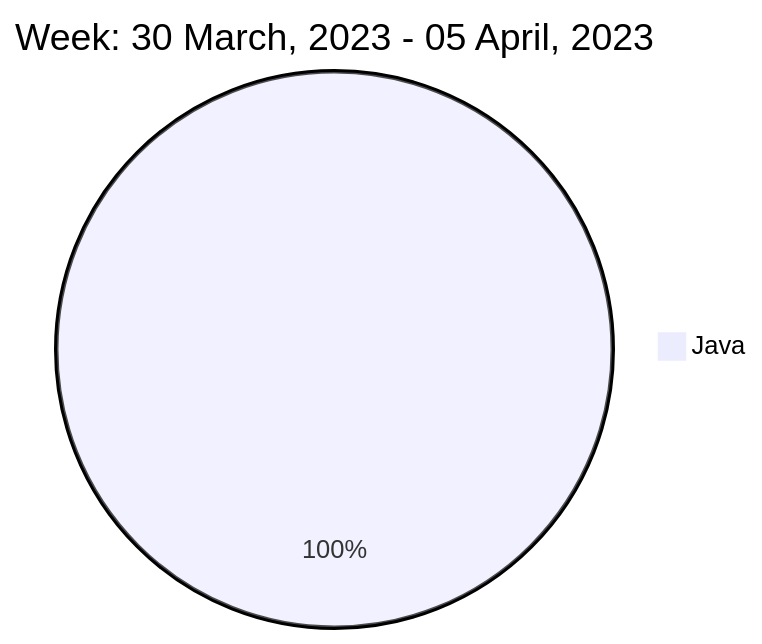
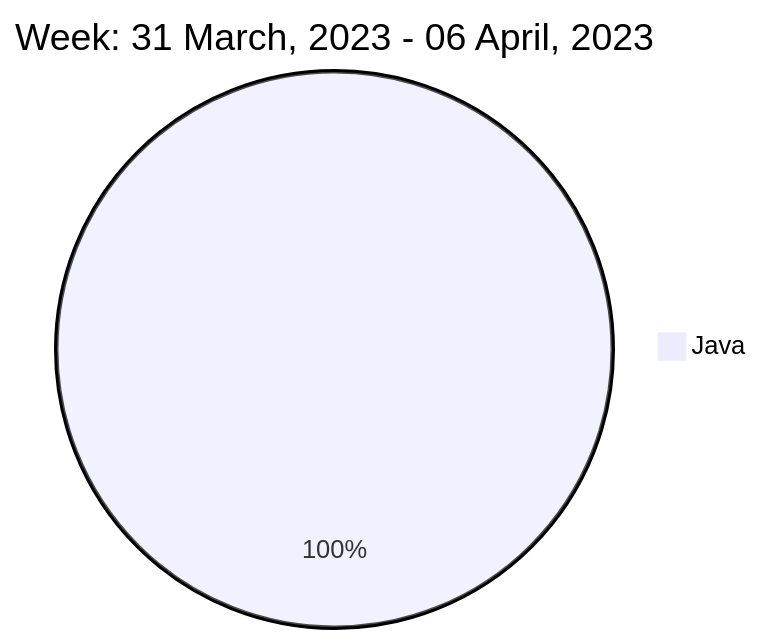
The diagram in README.md (liubin95/liubin95), drawn with Mermaid before and after one commit.

Commit message:
Updated the Graph with new Metrics

````diff
--- a/README.md
+++ b/README.md
@@ -40,5 +40,5 @@
 ```mermaid
  pie
-title Week: 30 March, 2023 - 05 April, 2023
- "Java" : 3.78
+title Week: 31 March, 2023 - 06 April, 2023
+ "Java" : 2.27
 ```
````
